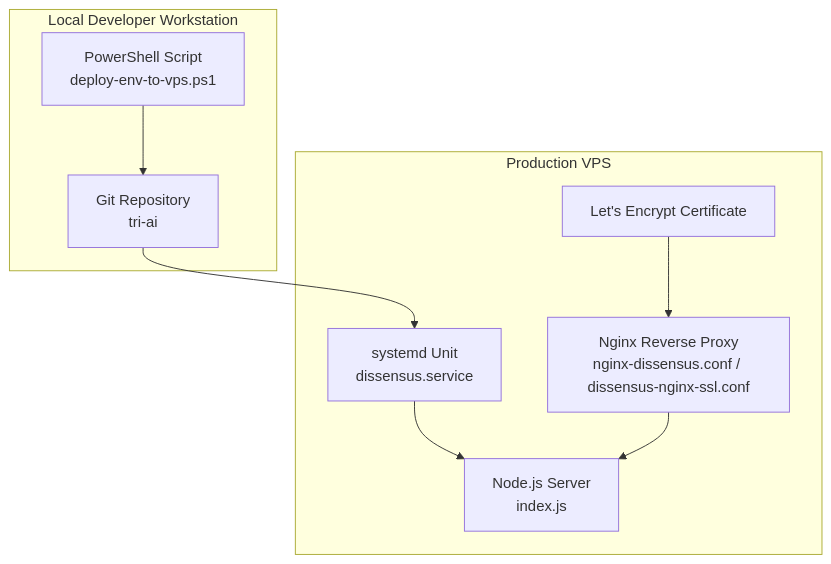
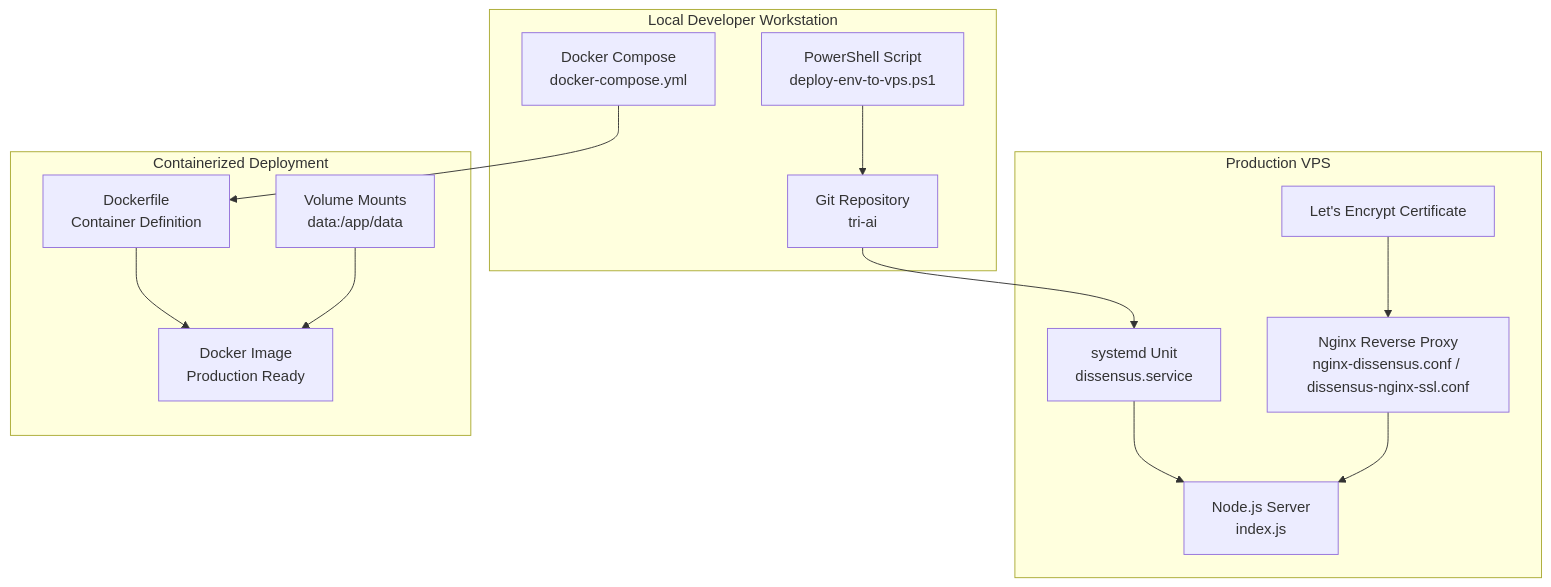
One commit to RunTimeAdmin/tri-ai changed the first of 15 diagrams in .qoder/repowiki/en/content/Deployment & Operations/Deployment & Operations.md. Above: the diagram before and after it, drawn with Mermaid. The commit also changed other lines of this file and 139 other files, not shown here.

````diff
--- a/.qoder/repowiki/en/content/Deployment & Operations/Deployment & Operations.md
+++ b/.qoder/repowiki/en/content/Deployment & Operations/Deployment & Operations.md
@@ -43,18 +56,27 @@
 ```mermaid
 graph TB
 subgraph "Local Developer Workstation"
 PS["PowerShell Script<br/>deploy-env-to-vps.ps1"]
 Repo["Git Repository<br/>tri-ai"]
+DockerCompose["Docker Compose<br/>docker-compose.yml"]
 end
 subgraph "Production VPS"
 Sysd["systemd Unit<br/>dissensus.service"]
 Node["Node.js Server<br/>index.js"]
 Nginx["Nginx Reverse Proxy<br/>nginx-dissensus.conf / dissensus-nginx-ssl.conf"]
 SSL["Let's Encrypt Certificate"]
 end
+subgraph "Containerized Deployment"
+Dockerfile["Dockerfile<br/>Container Definition"]
+DockerImage["Docker Image<br/>Production Ready"]
+DockerVolume["Volume Mounts<br/>data:/app/data"]
+end
 PS --> Repo
 Repo --> Sysd
 Sysd --> Node
 Nginx --> Node
 SSL --> Nginx
+DockerCompose --> Dockerfile
+Dockerfile --> DockerImage
+DockerVolume --> DockerImage
 ```
````
